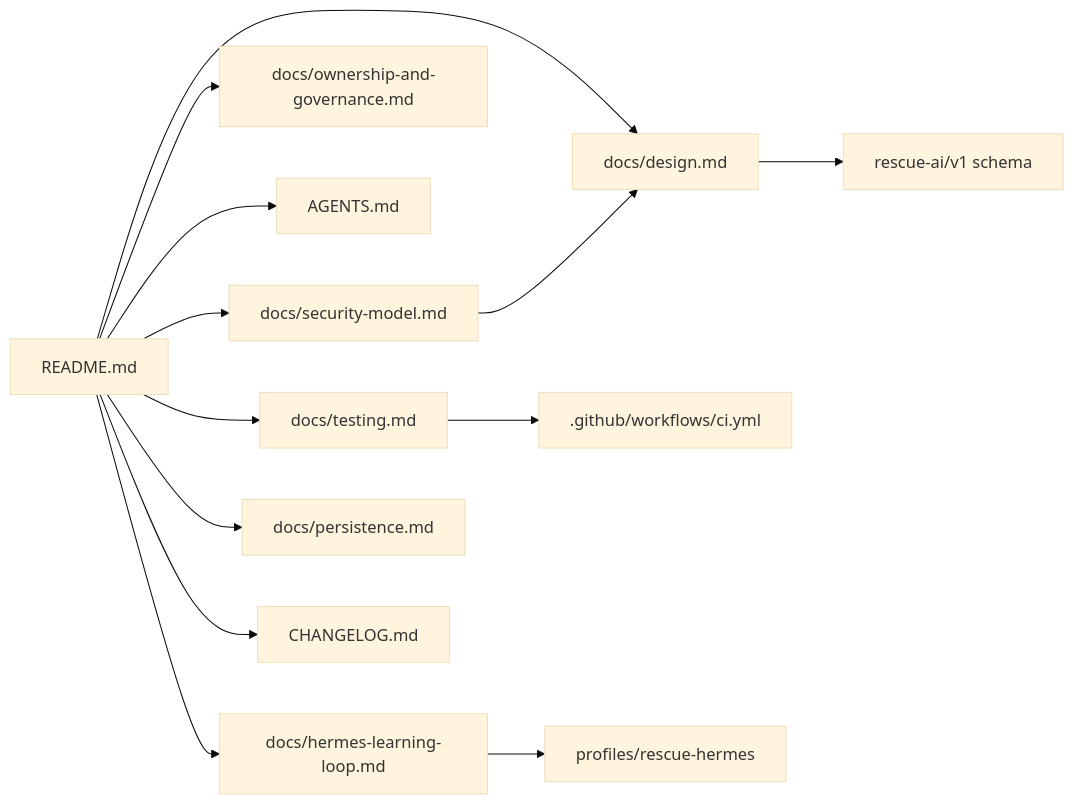
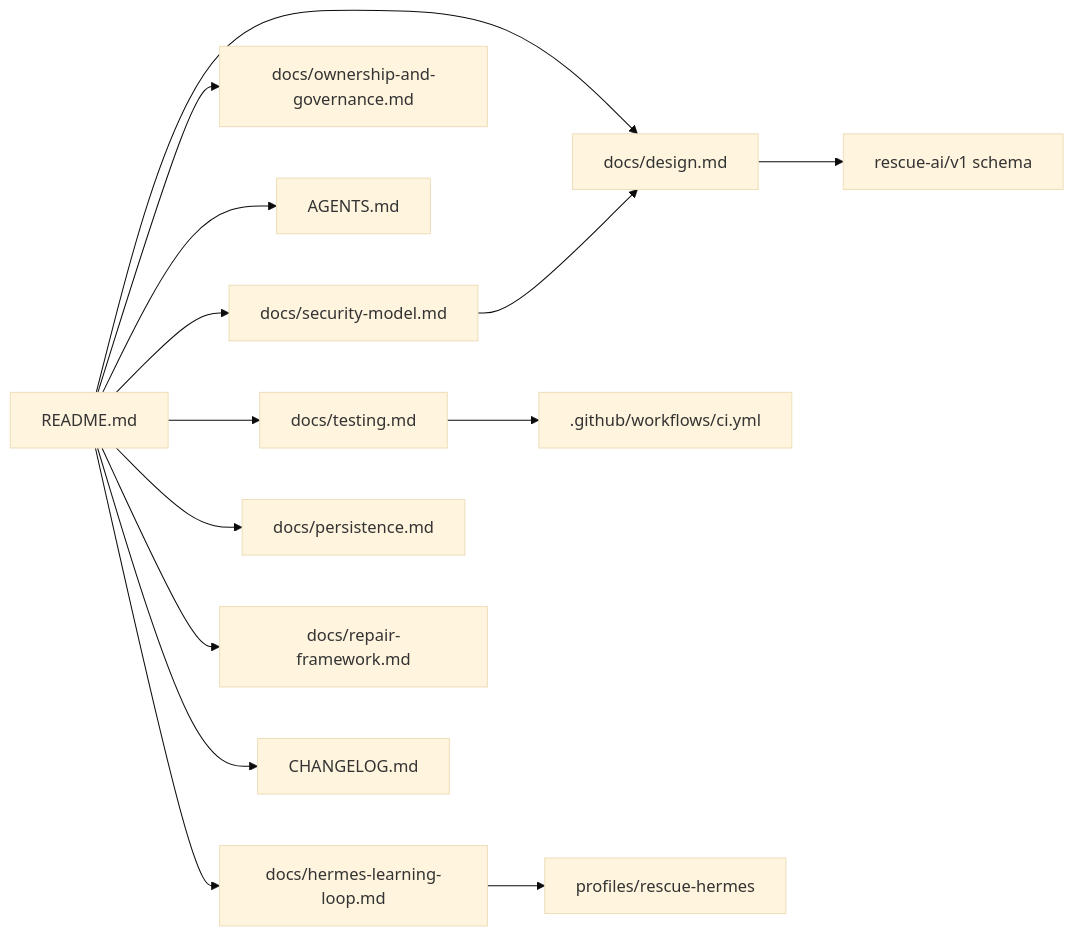
Before and after one commit to ahliweb/linux-mint-xfce-rescue-ai: the ninth of 9 diagrams in README.md, drawn with Mermaid (base theme). The commit also changed other lines of this file and 44 other files, not shown here.

First line of the commit message:
feat: repair contract - schema 1.2, typed catalog, policy engine, journal, module hooks

````diff
--- a/README.md
+++ b/README.md
@@ -239,15 +240,16 @@
 ```mermaid
 flowchart LR
     README[README.md] --> DESIGN[docs/design.md]
     README --> LOOP[docs/hermes-learning-loop.md]
     README --> GOV[docs/ownership-and-governance.md]
     README --> AGENTS[AGENTS.md]
     README --> TEST[docs/testing.md]
     README --> SEC[docs/security-model.md]
     README --> PERS[docs/persistence.md]
+    README --> REP[docs/repair-framework.md]
     README --> CHG[CHANGELOG.md]
     DESIGN --> SCHEMA[rescue-ai/v1 schema]
     SEC --> DESIGN
     TEST --> CI[.github/workflows/ci.yml]
     LOOP --> PROFILE[profiles/rescue-hermes]
 ```
````
